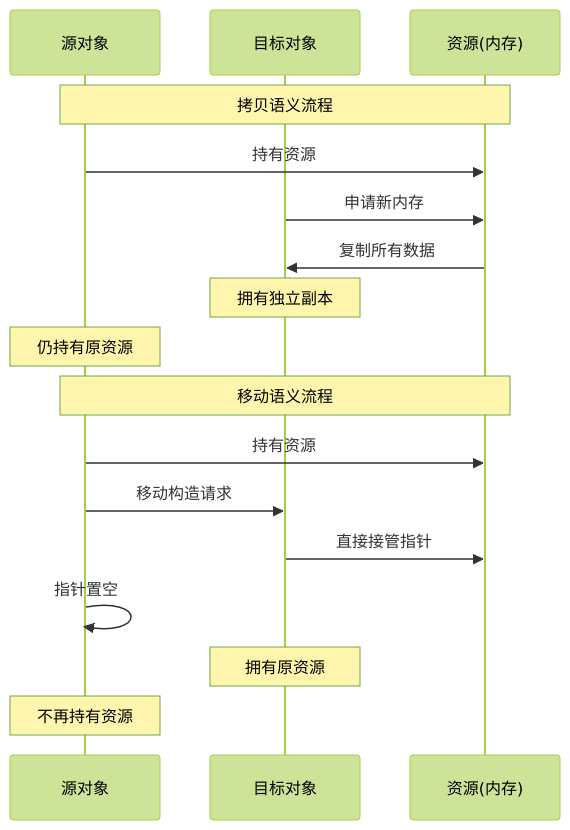
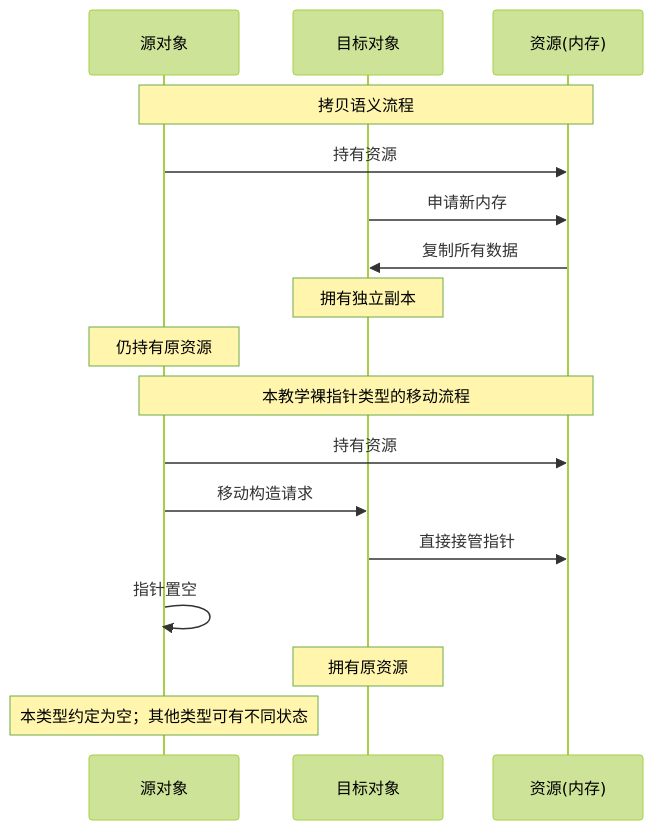
The second of 4 diagrams in week_04/day_23/README.md (mlbo/cpp_learning), drawn with Mermaid (forest theme) before and after one commit. The commit also changed other lines of this file and 675 other files, not shown here.

````diff
--- a/week_04/day_23/README.md
+++ b/week_04/day_23/README.md
@@ -93,21 +95,21 @@
 ```mermaid
 sequenceDiagram
     participant S as 源对象
     participant T as 目标对象
     participant R as 资源(内存)
     
     Note over S,R: 拷贝语义流程
     S->>R: 持有资源
     T->>R: 申请新内存
     R->>T: 复制所有数据
     Note over T: 拥有独立副本
     Note over S: 仍持有原资源
     
-    Note over S,R: 移动语义流程
+    Note over S,R: 本教学裸指针类型的移动流程
     S->>R: 持有资源
     S->>T: 移动构造请求
     T->>R: 直接接管指针
     S->>S: 指针置空
     Note over T: 拥有原资源
-    Note over S: 不再持有资源
+    Note over S: 本类型约定为空；其他类型可有不同状态
 ```
````
